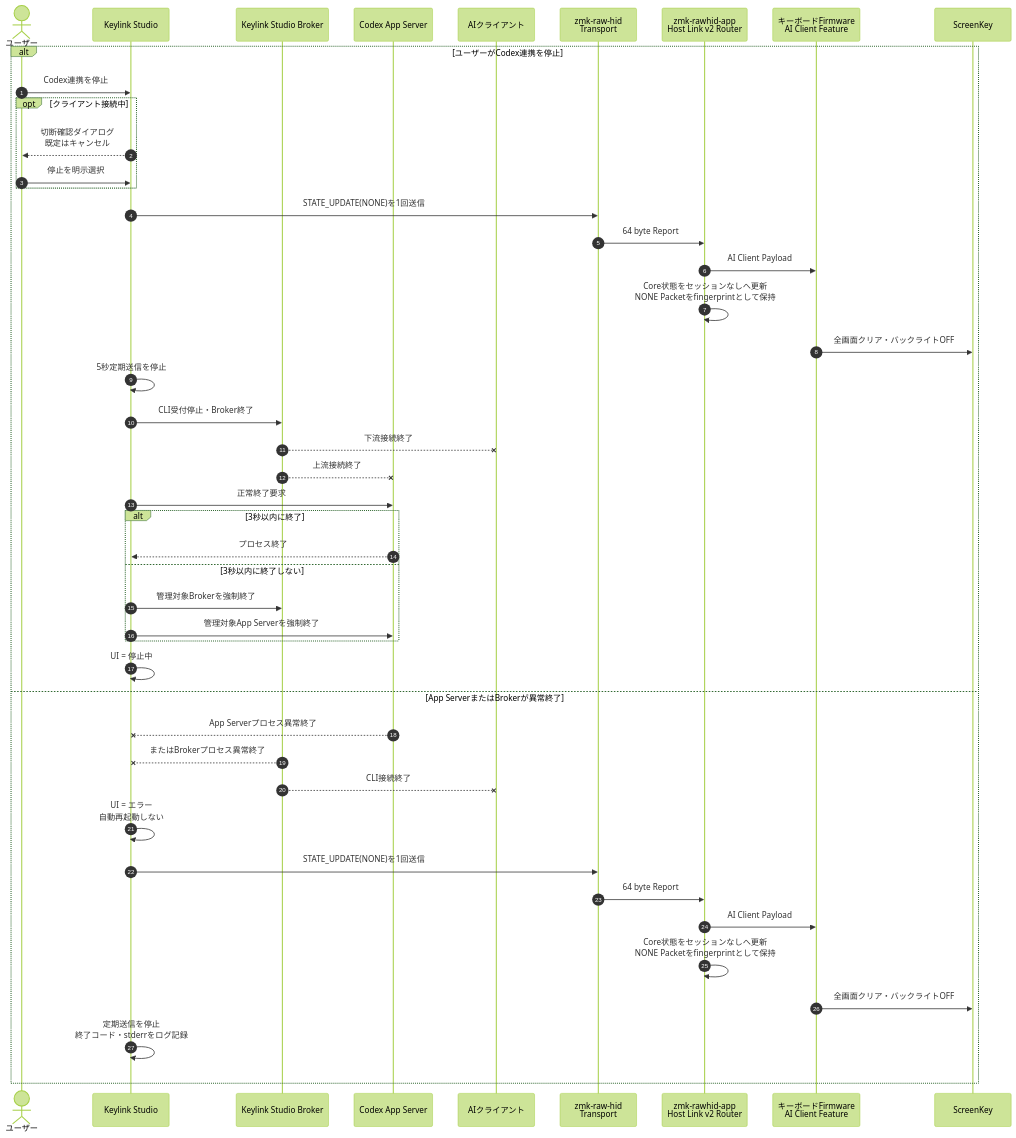
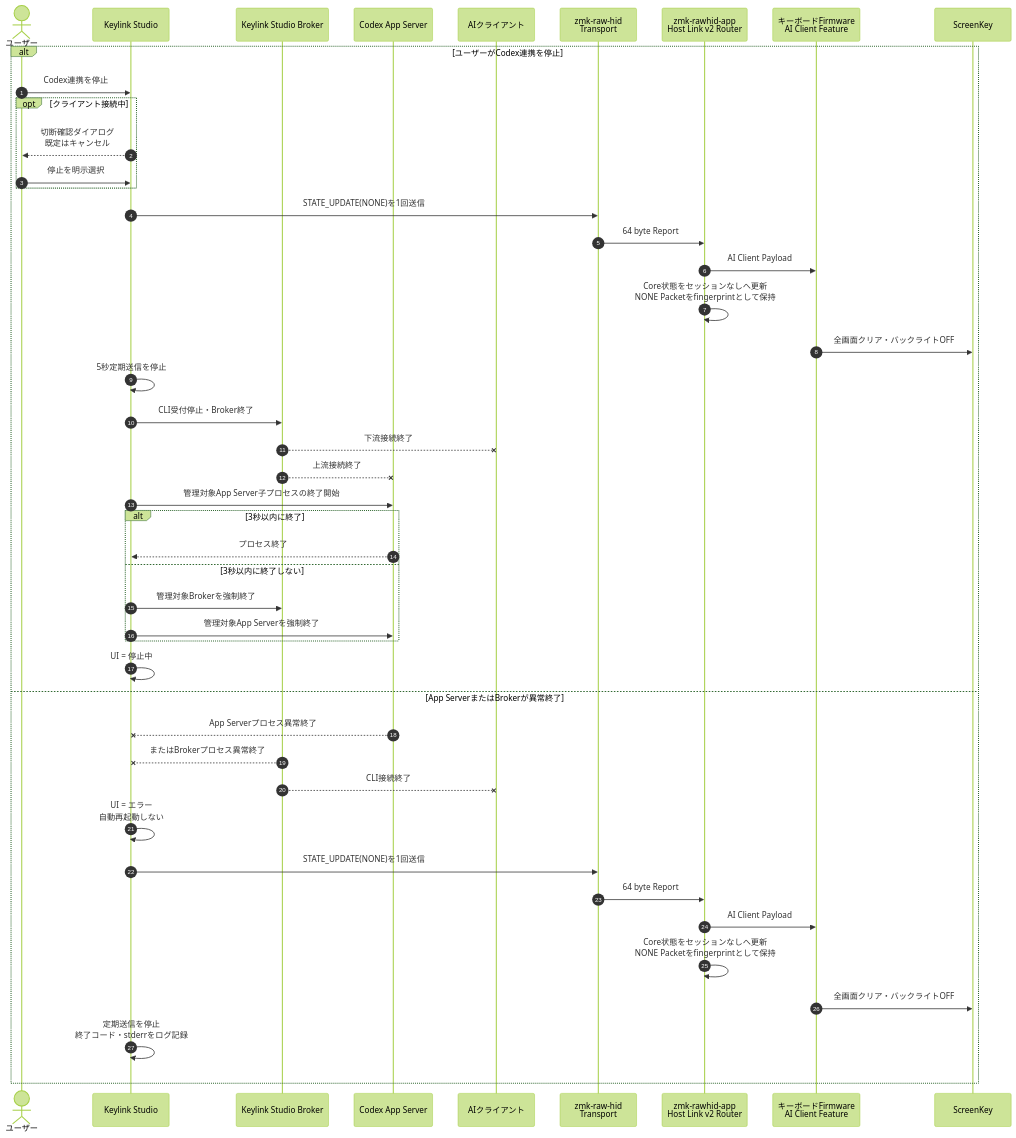
One commit to hrmt-lab/Keylink-Studio changed the fourth of 9 diagrams in docs/keylink-studio-codex-screenkey-prototype-spec-reviewed-v10.md. Above: the diagram before and after it, drawn with Mermaid (forest theme). The commit also changed other lines of this file, not shown here.

Commit message:
docs: align Codex integration with broker architecture

````diff
--- a/docs/keylink-studio-codex-screenkey-prototype-spec-reviewed-v10.md
+++ b/docs/keylink-studio-codex-screenkey-prototype-spec-reviewed-v10.md
@@ -1912,49 +1972,49 @@
 ```mermaid
 sequenceDiagram
     autonumber
     actor User as ユーザー
     participant KS as Keylink Studio
     participant BR as Keylink Studio Broker
     participant AS as Codex App Server
     participant AC as AIクライアント
     participant RH as zmk-raw-hid<br/>Transport
     participant APP as zmk-rawhid-app<br/>Host Link v2 Router
     participant FW as キーボードFirmware<br/>AI Client Feature
     participant LCD as ScreenKey
 
     alt ユーザーがCodex連携を停止
         User->>KS: Codex連携を停止
         opt クライアント接続中
             KS-->>User: 切断確認ダイアログ<br/>既定はキャンセル
             User->>KS: 停止を明示選択
         end
         KS->>RH: STATE_UPDATE(NONE)を1回送信
         RH->>APP: 64 byte Report
         APP->>FW: AI Client Payload
         APP->>APP: Core状態をセッションなしへ更新<br/>NONE Packetをfingerprintとして保持
         FW->>LCD: 全画面クリア・バックライトOFF
         KS->>KS: 5秒定期送信を停止
         KS->>BR: CLI受付停止・Broker終了
         BR--xAC: 下流接続終了
         BR--xAS: 上流接続終了
-        KS->>AS: 正常終了要求
+        KS->>AS: 管理対象App Server子プロセスの終了開始
         alt 3秒以内に終了
             AS-->>KS: プロセス終了
         else 3秒以内に終了しない
             KS->>BR: 管理対象Brokerを強制終了
             KS->>AS: 管理対象App Serverを強制終了
         end
         KS->>KS: UI = 停止中
     else App ServerまたはBrokerが異常終了
         AS--xKS: App Serverプロセス異常終了
         BR--xKS: またはBrokerプロセス異常終了
         BR--xAC: CLI接続終了
         KS->>KS: UI = エラー<br/>自動再起動しない
         KS->>RH: STATE_UPDATE(NONE)を1回送信
         RH->>APP: 64 byte Report
         APP->>FW: AI Client Payload
         APP->>APP: Core状態をセッションなしへ更新<br/>NONE Packetをfingerprintとして保持
         FW->>LCD: 全画面クリア・バックライトOFF
         KS->>KS: 定期送信を停止<br/>終了コード・stderrをログ記録
     end
 ```
````
